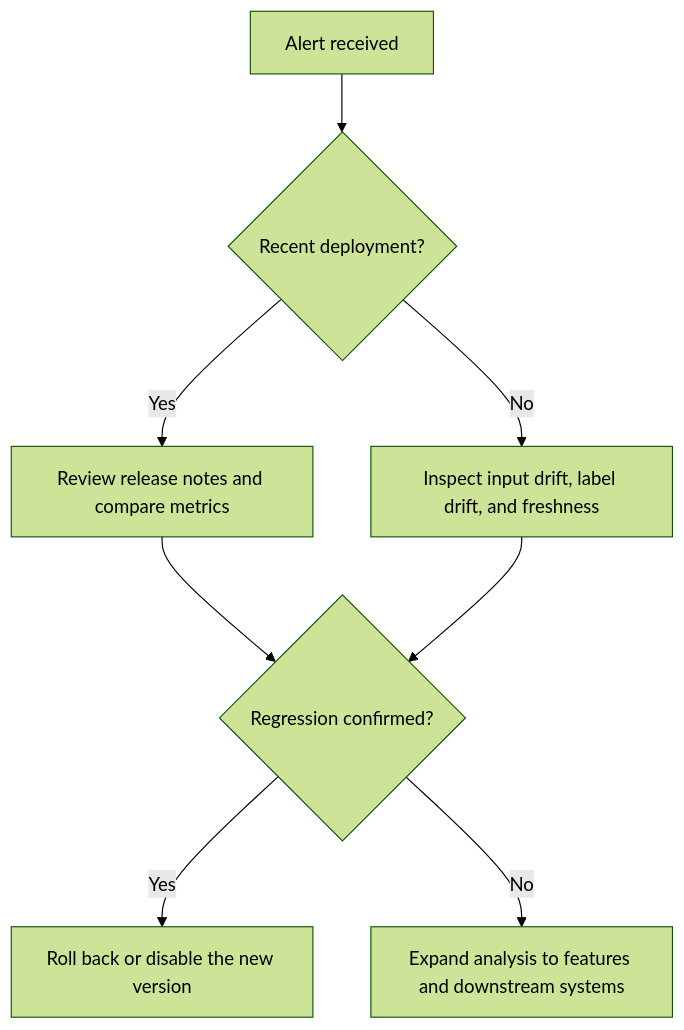
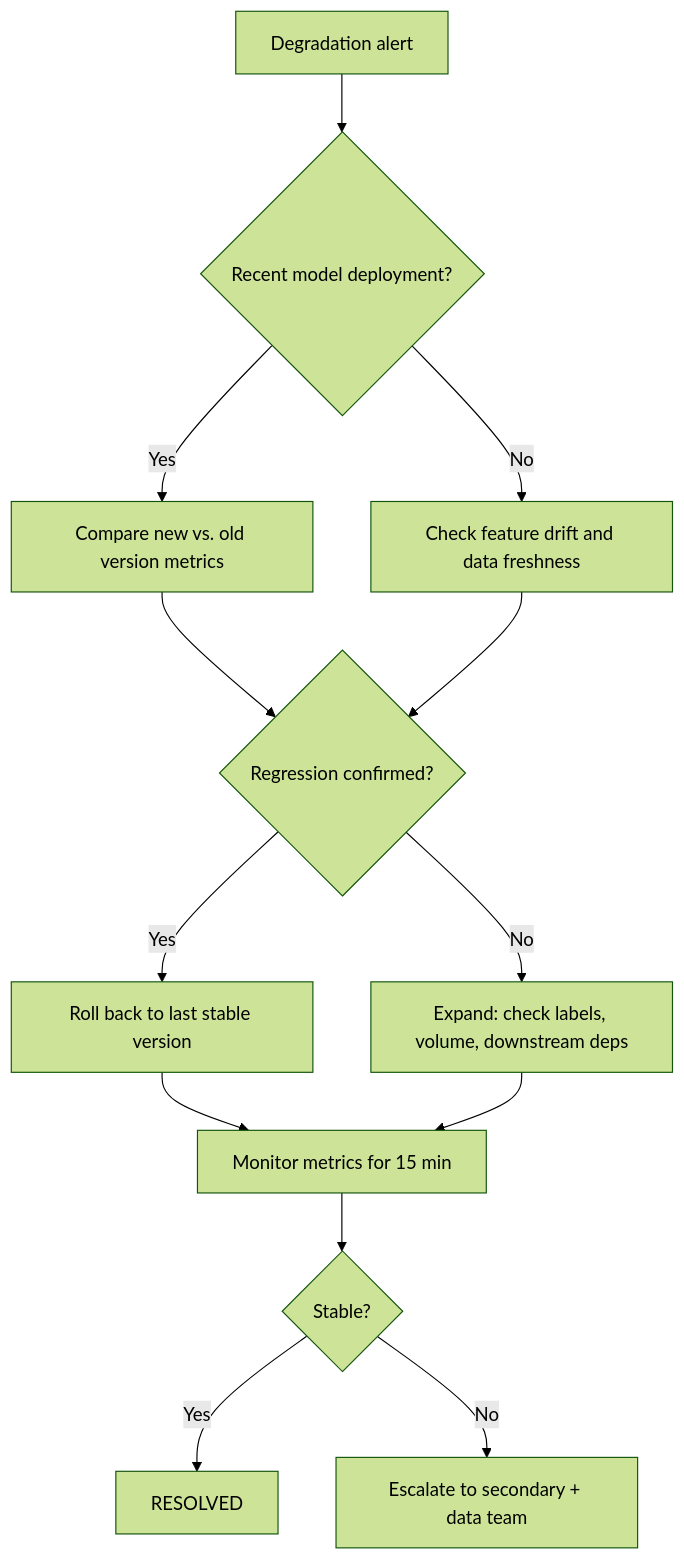
Before and after one commit to zrlopez/ml-incident-response-playbook: the diagram in runbooks/model_degradation.md, drawn with Mermaid (forest theme). The commit also changed other lines of this file and 5 other files, not shown here.

````diff
--- a/runbooks/model_degradation.md
+++ b/runbooks/model_degradation.md
@@ -32,10 +71,15 @@
 ```mermaid
 flowchart TD
-    A[Alert received] --> B{Recent deployment?}
-    B -- Yes --> C[Review release notes and compare metrics]
-    B -- No --> D[Inspect input drift, label drift, and freshness]
+    A[Degradation alert] --> B{Recent model deployment?}
+    B -- Yes --> C[Compare new vs. old version metrics]
+    B -- No --> D[Check feature drift and data freshness]
     C --> E{Regression confirmed?}
     D --> E
-    E -- Yes --> F[Roll back or disable the new version]
-    E -- No --> G[Expand analysis to features and downstream systems]
+    E -- Yes --> F[Roll back to last stable version]
+    E -- No --> G[Expand: check labels, volume, downstream deps]
+    F --> H[Monitor metrics for 15 min]
+    G --> H
+    H --> I{Stable?}
+    I -- Yes --> J[RESOLVED]
+    I -- No --> K[Escalate to secondary + data team]
 ```
````
